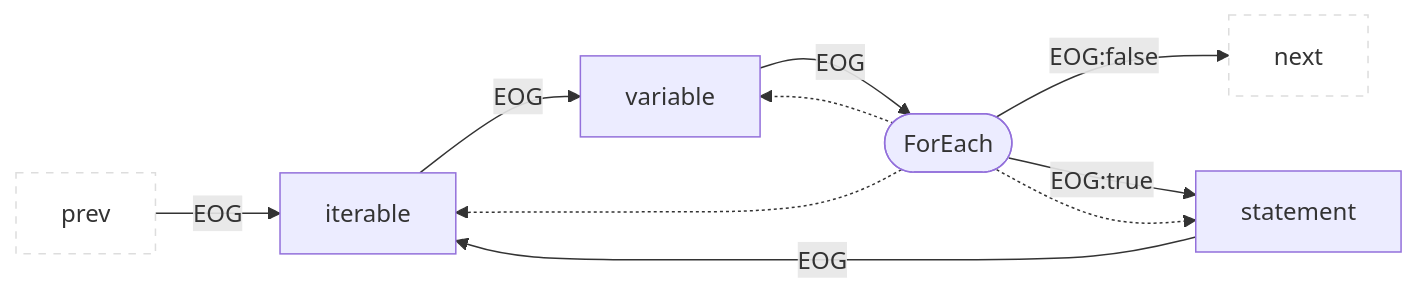
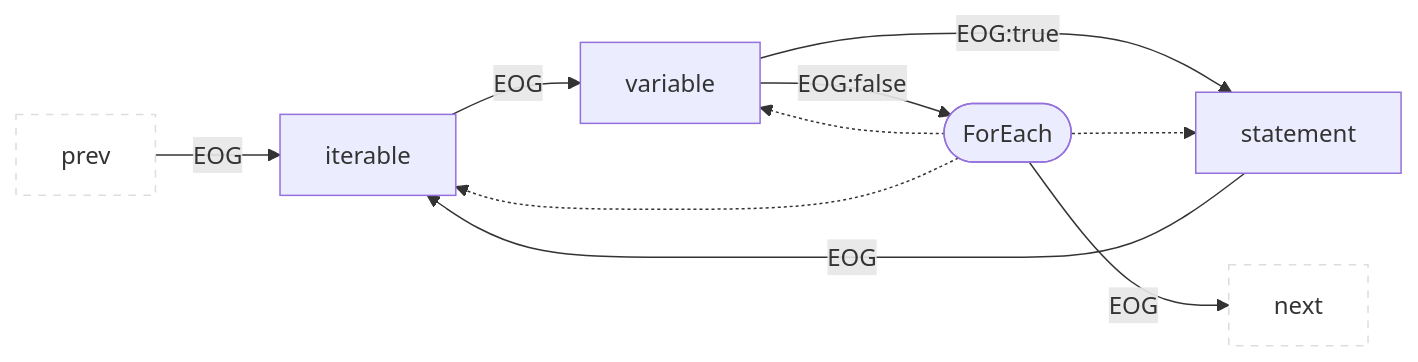
One commit to Fraunhofer-AISEC/cpg changed diagram 37 of 49 in docs/docs/CPG/specs/eog.md. Above: the diagram before and after it, drawn with Mermaid. The commit also changed other lines of this file, not shown here.

Commit message:
Adapt specification for EOG

````diff
--- a/docs/docs/CPG/specs/eog.md
+++ b/docs/docs/CPG/specs/eog.md
@@ -731,13 +731,13 @@
 ```mermaid
 flowchart LR
   classDef outer fill:#fff,stroke:#ddd,stroke-dasharray:5 5;
   prev:::outer --EOG--> child1["iterable"]
   child1 --EOG--> child2["variable"]
-  child2 --EOG--> parent
-  parent --EOG:false--> next:::outer
-  parent(["ForEach"]) --EOG:true--> child3["statement"]
+  child2 --EOG:true--> child3["statement"]
+  child2 --EOG:false--> parent(["ForEach"])
+  parent --EOG--> next:::outer
   child3 --EOG--> child1
   parent -.-> child2
   parent -.-> child1
   parent -.-> child3
 ```
````
